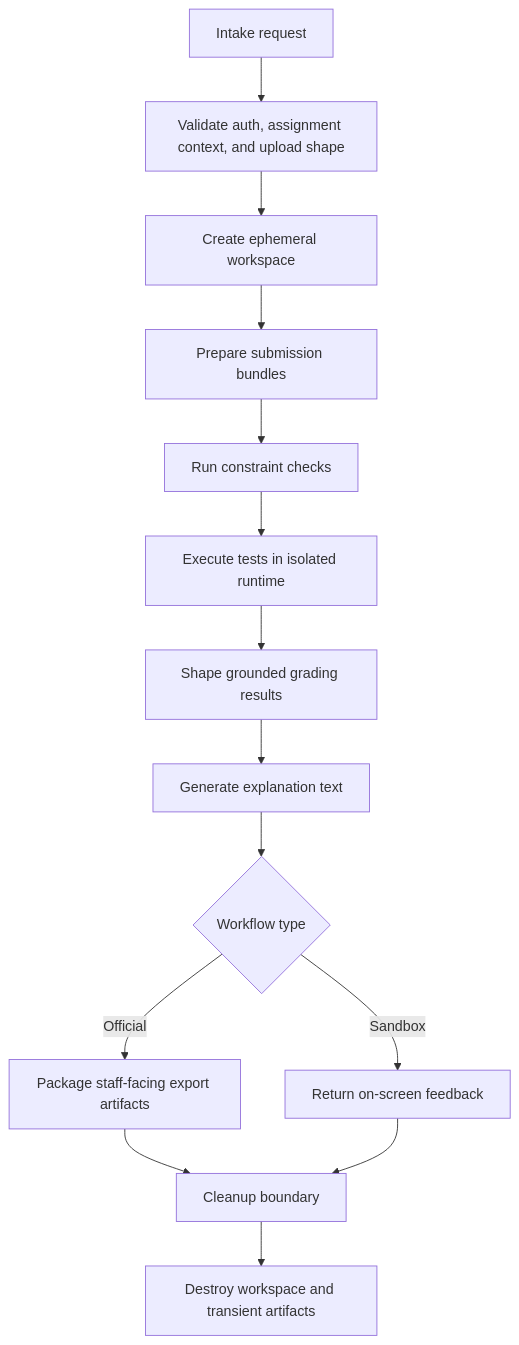
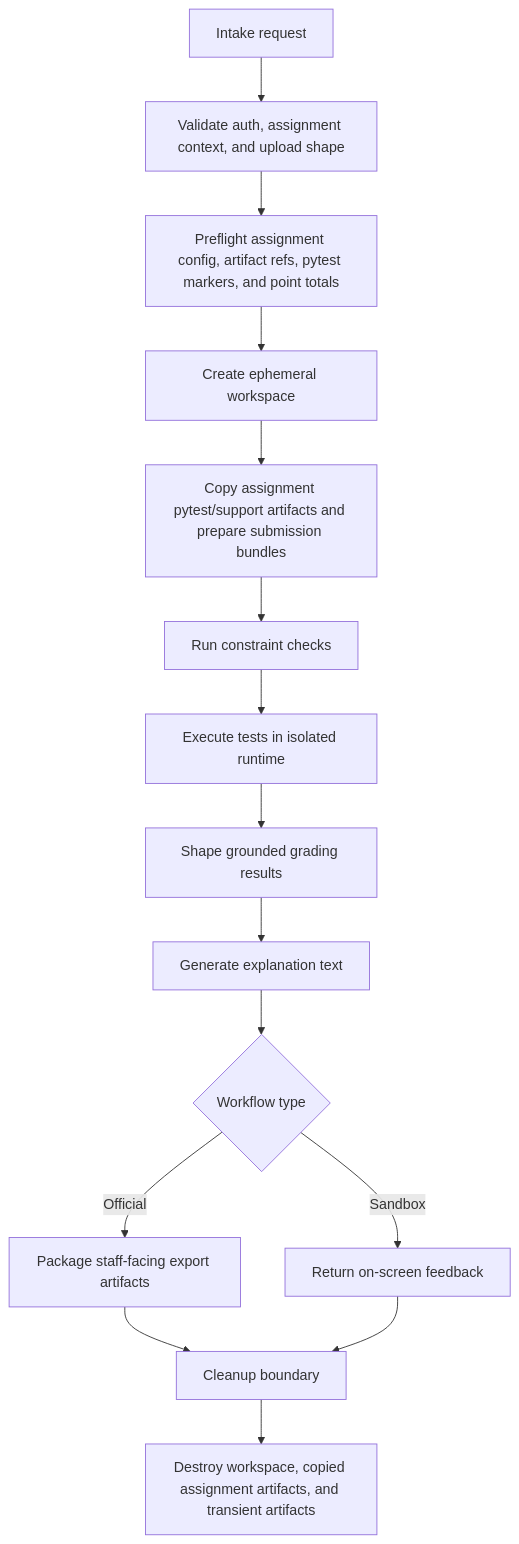
One commit to UVU-Autograder/autograder_v1 changed the diagram in docs/backend_implementation/diagrams/ephemeral_pipeline_diagram.md. Above: the diagram before and after it, drawn with Mermaid. The commit also changed other lines of this file and 63 other files, not shown here.

````diff
--- a/docs/backend_implementation/diagrams/ephemeral_pipeline_diagram.md
+++ b/docs/backend_implementation/diagrams/ephemeral_pipeline_diagram.md
@@ -3,16 +3,17 @@
 ```mermaid
 flowchart TD
     A[Intake request] --> B[Validate auth, assignment context, and upload shape]
-    B --> C[Create ephemeral workspace]
-    C --> D[Prepare submission bundles]
-    D --> E[Run constraint checks]
-    E --> F[Execute tests in isolated runtime]
-    F --> G[Shape grounded grading results]
-    G --> H[Generate explanation text]
-    H --> I{Workflow type}
-    I -->|Official| J[Package staff-facing export artifacts]
-    I -->|Sandbox| K[Return on-screen feedback]
-    J --> L[Cleanup boundary]
-    K --> L
-    L --> M[Destroy workspace and transient artifacts]
+    B --> C[Preflight assignment config, artifact refs, pytest markers, and point totals]
+    C --> D[Create ephemeral workspace]
+    D --> E[Copy assignment pytest/support artifacts and prepare submission bundles]
+    E --> F[Run constraint checks]
+    F --> G[Execute tests in isolated runtime]
+    G --> H[Shape grounded grading results]
+    H --> I[Generate explanation text]
+    I --> J{Workflow type}
+    J -->|Official| K[Package staff-facing export artifacts]
+    J -->|Sandbox| L[Return on-screen feedback]
+    K --> M[Cleanup boundary]
+    L --> M
+    M --> N[Destroy workspace, copied assignment artifacts, and transient artifacts]
 ```
````
